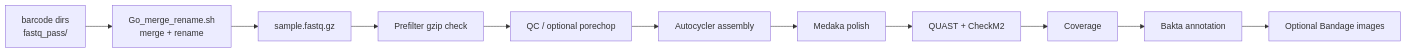
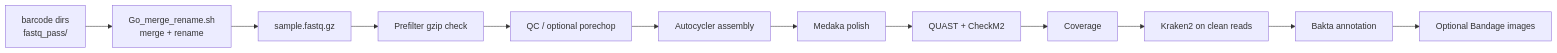
One commit to bbagy/UhlemannLab changed the diagram in longWGS/README.md. Above: the diagram before and after it, drawn with Mermaid. The commit also changed other lines of this file and 6 other files, not shown here.

````diff
--- a/longWGS/README.md
+++ b/longWGS/README.md
@@ -19,13 +35,14 @@
 ```mermaid
 flowchart LR
   P[barcode dirs\nfastq_pass/] --> Q[Go_merge_rename.sh\nmerge + rename]
   Q --> A[sample.fastq.gz]
   A --> B[Prefilter gzip check]
   B --> C[QC / optional porechop]
   C --> D[Autocycler assembly]
   D --> E[Medaka polish]
   E --> F[QUAST + CheckM2]
   F --> G[Coverage]
-  G --> H[Bakta annotation]
-  H --> I[Optional Bandage images]
+  G --> H[Kraken2 on clean reads]
+  H --> I[Bakta annotation]
+  I --> J[Optional Bandage images]
 ```
````
